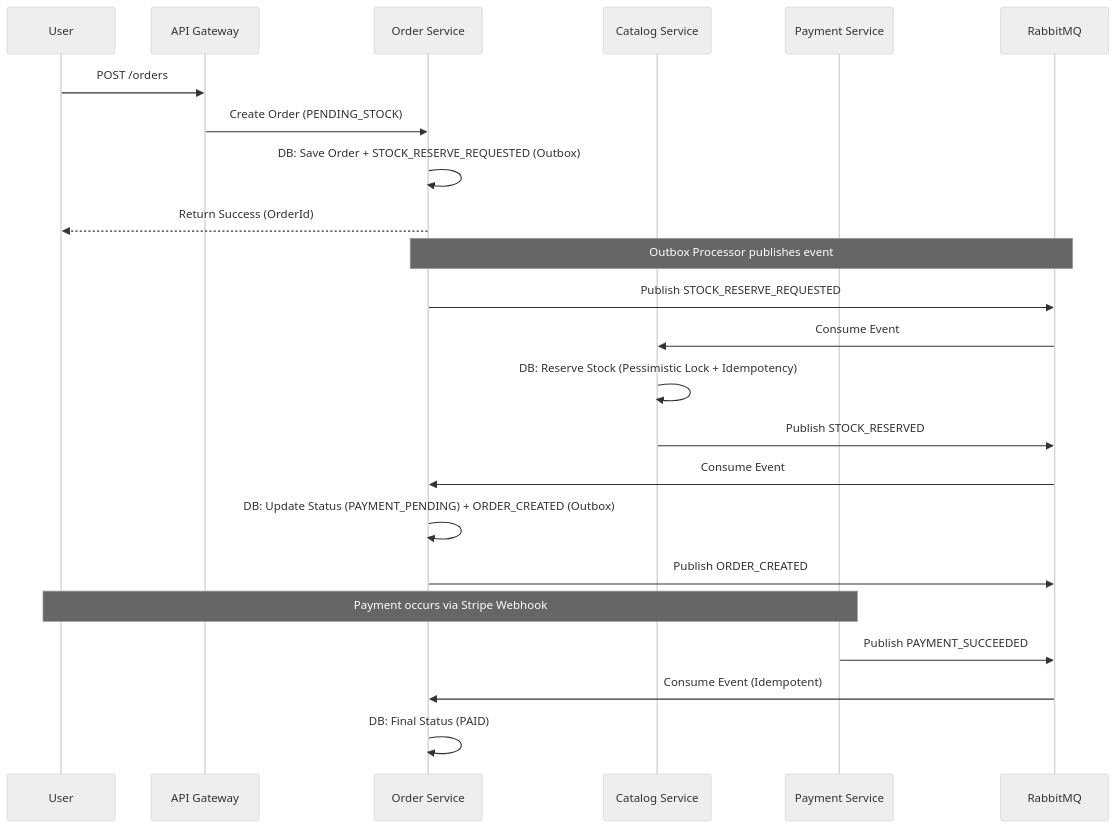
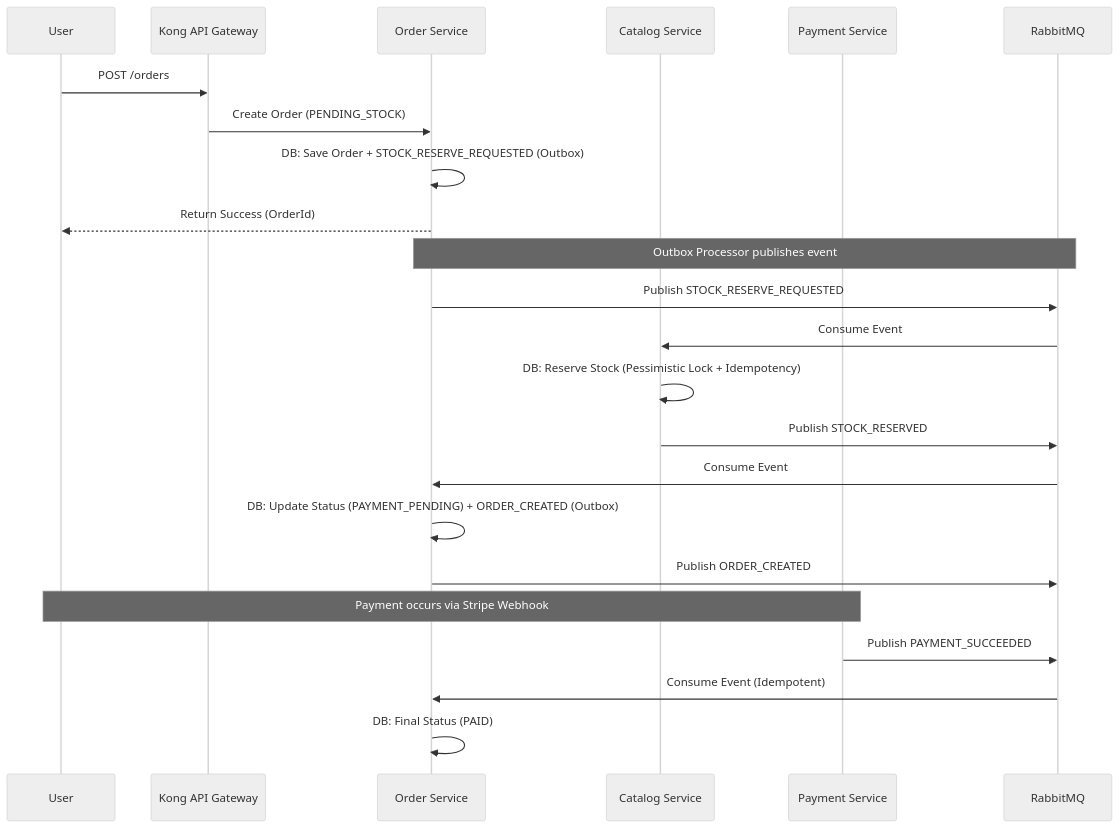
One commit to AmitxParmar/modular-mart-microservices changed the second of 2 diagrams in README.md. Above: the diagram before and after it, drawn with Mermaid (neutral theme). The commit also changed other lines of this file and 15 other files, not shown here.

````diff
--- a/README.md
+++ b/README.md
@@ -93,30 +96,30 @@
 ```mermaid
 sequenceDiagram
     participant U as User
-    participant Gateway as API Gateway
+    participant Gateway as Kong API Gateway
     participant Order as Order Service
     participant Catalog as Catalog Service
     participant Payment as Payment Service
     participant RMQ as RabbitMQ
 
     U->>Gateway: POST /orders
     Gateway->>Order: Create Order (PENDING_STOCK)
     Order->>Order: DB: Save Order + STOCK_RESERVE_REQUESTED (Outbox)
     Order-->>U: Return Success (OrderId)
 
     Note over Order,RMQ: Outbox Processor publishes event
     Order->>RMQ: Publish STOCK_RESERVE_REQUESTED
     RMQ->>Catalog: Consume Event
     
     Catalog->>Catalog: DB: Reserve Stock (Pessimistic Lock + Idempotency)
     Catalog->>RMQ: Publish STOCK_RESERVED
     
     RMQ->>Order: Consume Event
     Order->>Order: DB: Update Status (PAYMENT_PENDING) + ORDER_CREATED (Outbox)
     Order->>RMQ: Publish ORDER_CREATED
     
     Note over Payment,U: Payment occurs via Stripe Webhook
     Payment->>RMQ: Publish PAYMENT_SUCCEEDED
     RMQ->>Order: Consume Event (Idempotent)
     Order->>Order: DB: Final Status (PAID)
 ```
````
